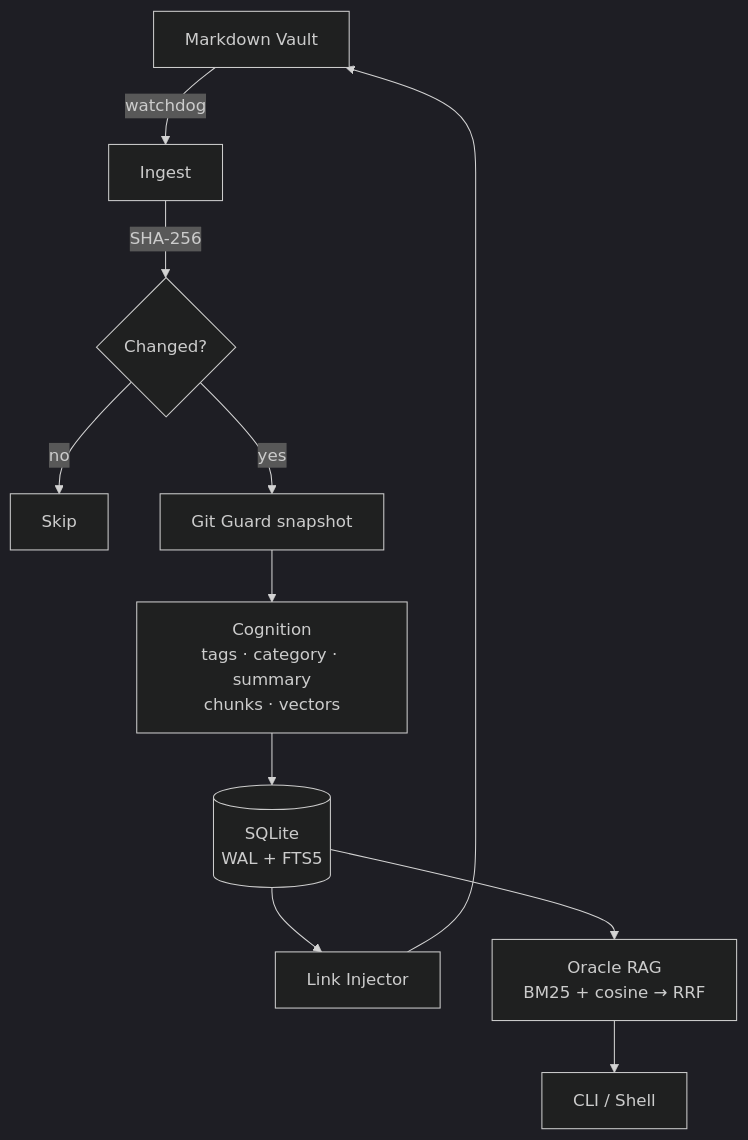
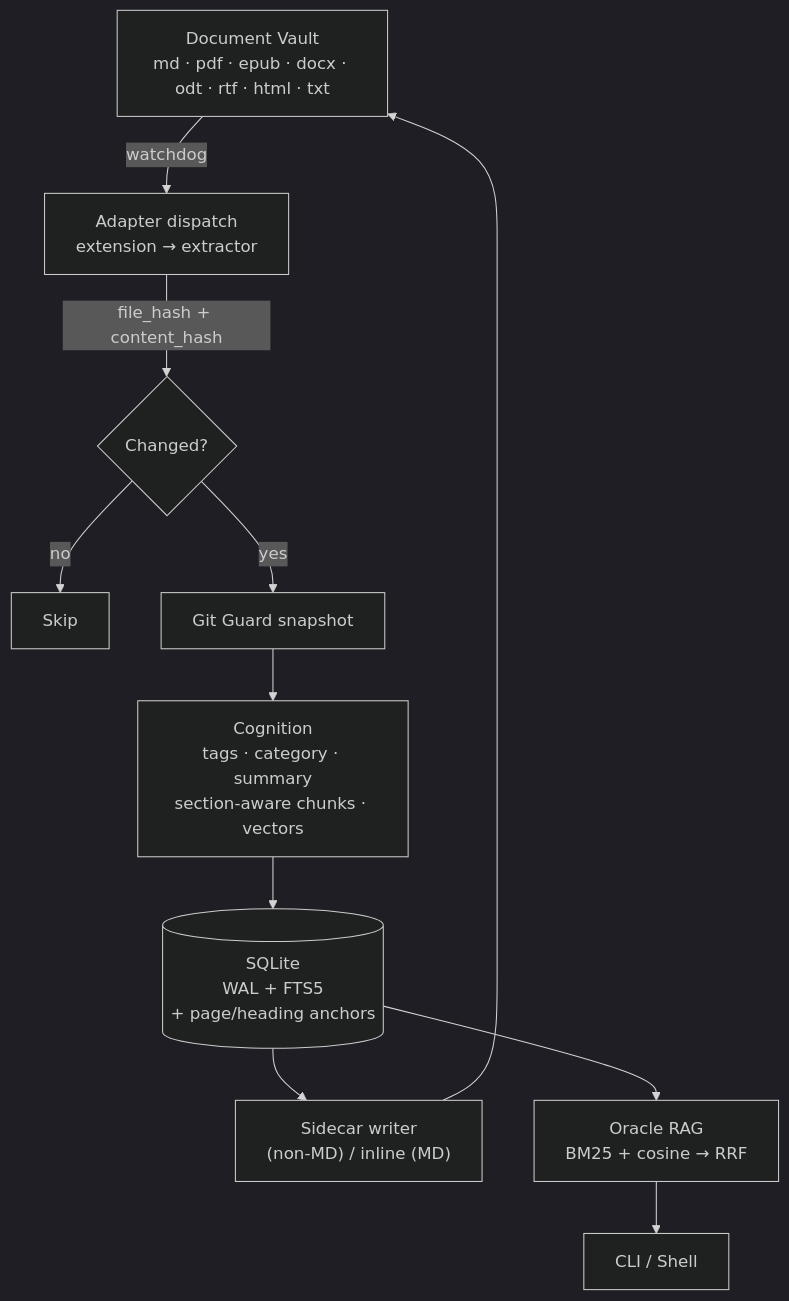
One commit to kahz12/Grimore-MD changed the diagram in README.md. Above: the diagram before and after it, drawn with Mermaid (dark theme). The commit also changed other lines of this file and 3 other files, not shown here.

````diff
--- a/README.md
+++ b/README.md
@@ -50,13 +98,13 @@
 ```mermaid
 graph TD
-    A["Markdown Vault"] -->|watchdog| B["Ingest"]
-    B -->|SHA-256| C{"Changed?"}
+    A["Document Vault<br/>md · pdf · epub · docx · odt · rtf · html · txt"] -->|watchdog| B["Adapter dispatch<br/>extension → extractor"]
+    B -->|file_hash + content_hash| C{"Changed?"}
     C -->|no| Z["Skip"]
     C -->|yes| D["Git Guard snapshot"]
-    D --> E["Cognition<br/>tags · category · summary<br/>chunks · vectors"]
-    E --> F[("SQLite<br/>WAL + FTS5")]
-    F --> G["Link Injector"]
+    D --> E["Cognition<br/>tags · category · summary<br/>section-aware chunks · vectors"]
+    E --> F[("SQLite<br/>WAL + FTS5<br/>+ page/heading anchors")]
+    F --> G["Sidecar writer<br/>(non-MD) / inline (MD)"]
     G --> A
     F --> H["Oracle RAG<br/>BM25 + cosine → RRF"]
     H --> I["CLI / Shell"]
 ```
````
